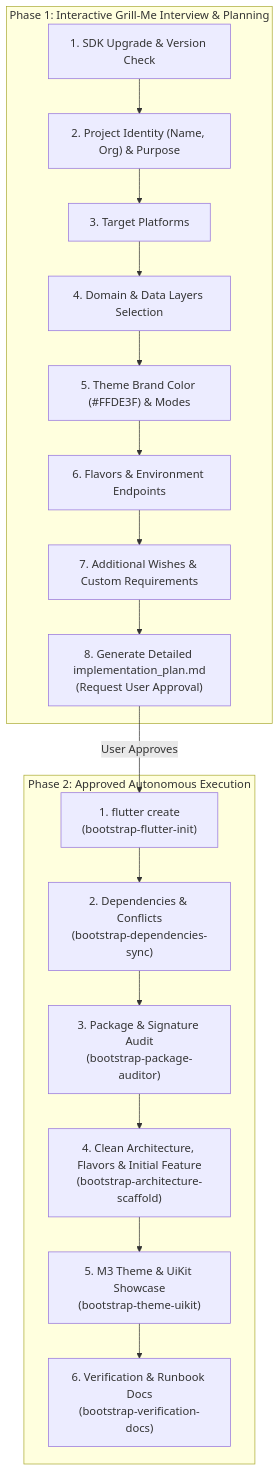
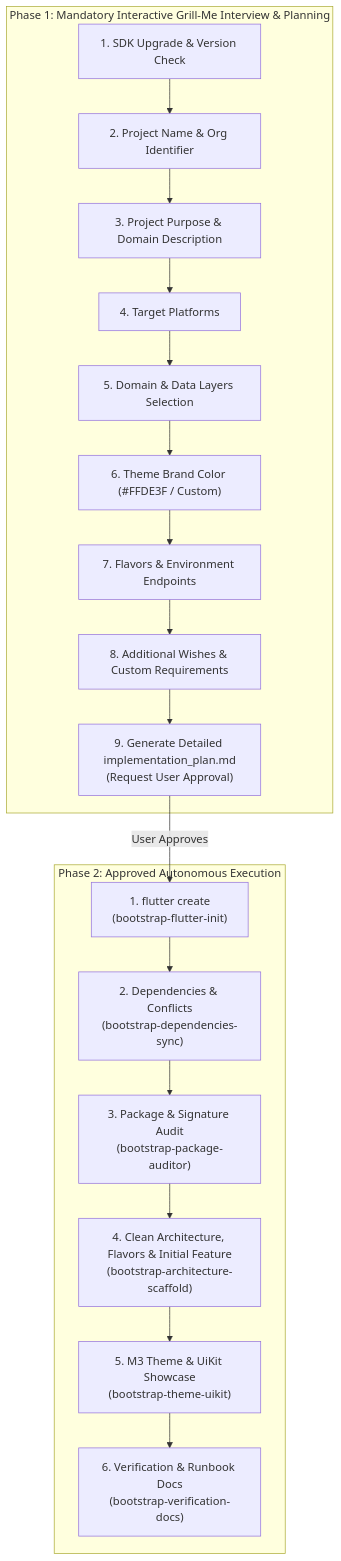
The diagram in .agents/skills/bootstrap/project-bootstrap-hub/SKILL.md (Vurarddo/flutter_template), drawn with Mermaid before and after one commit. The commit also changed other lines of this file and 3 other files, not shown here.

Commit message:
feat(bootstrap): enforce mandatory 8-question discovery interview and add AGENTS.md routing

````diff
--- a/.agents/skills/bootstrap/project-bootstrap-hub/SKILL.md
+++ b/.agents/skills/bootstrap/project-bootstrap-hub/SKILL.md
@@ -14,21 +14,22 @@
 ```mermaid
 graph TD
-    subgraph "Phase 1: Interactive Grill-Me Interview & Planning"
-        Q1["1. SDK Upgrade & Version Check"] --> Q2["2. Project Identity (Name, Org) & Purpose"]
-        Q2 --> Q3["3. Target Platforms"]
-        Q3 --> Q4["4. Domain & Data Layers Selection"]
-        Q4 --> Q5["5. Theme Brand Color (#FFDE3F) & Modes"]
-        Q5 --> Q6["6. Flavors & Environment Endpoints"]
-        Q6 --> Q7["7. Additional Wishes & Custom Requirements"]
-        Q7 --> Plan["8. Generate Detailed implementation_plan.md<br/>(Request User Approval)"]
+    subgraph "Phase 1: Mandatory Interactive Grill-Me Interview & Planning"
+        Q1["1. SDK Upgrade & Version Check"] --> Q2["2. Project Name & Org Identifier"]
+        Q2 --> Q3["3. Project Purpose & Domain Description"]
+        Q3 --> Q4["4. Target Platforms"]
+        Q4 --> Q5["5. Domain & Data Layers Selection"]
+        Q5 --> Q6["6. Theme Brand Color (#FFDE3F / Custom)"]
+        Q6 --> Q7["7. Flavors & Environment Endpoints"]
+        Q7 --> Q8["8. Additional Wishes & Custom Requirements"]
+        Q8 --> Plan["9. Generate Detailed implementation_plan.md<br/>(Request User Approval)"]
     end
 
     subgraph "Phase 2: Approved Autonomous Execution"
         Plan -->|User Approves| Exec1["1. flutter create<br/>(bootstrap-flutter-init)"]
         Exec1 --> Exec2["2. Dependencies & Conflicts<br/>(bootstrap-dependencies-sync)"]
         Exec2 --> Exec3["3. Package & Signature Audit<br/>(bootstrap-package-auditor)"]
         Exec3 --> Exec4["4. Clean Architecture, Flavors & Initial Feature<br/>(bootstrap-architecture-scaffold)"]
         Exec4 --> Exec5["5. M3 Theme & UiKit Showcase<br/>(bootstrap-theme-uikit)"]
         Exec5 --> Exec6["6. Verification & Runbook Docs<br/>(bootstrap-verification-docs)"]
     end
 ```
````
